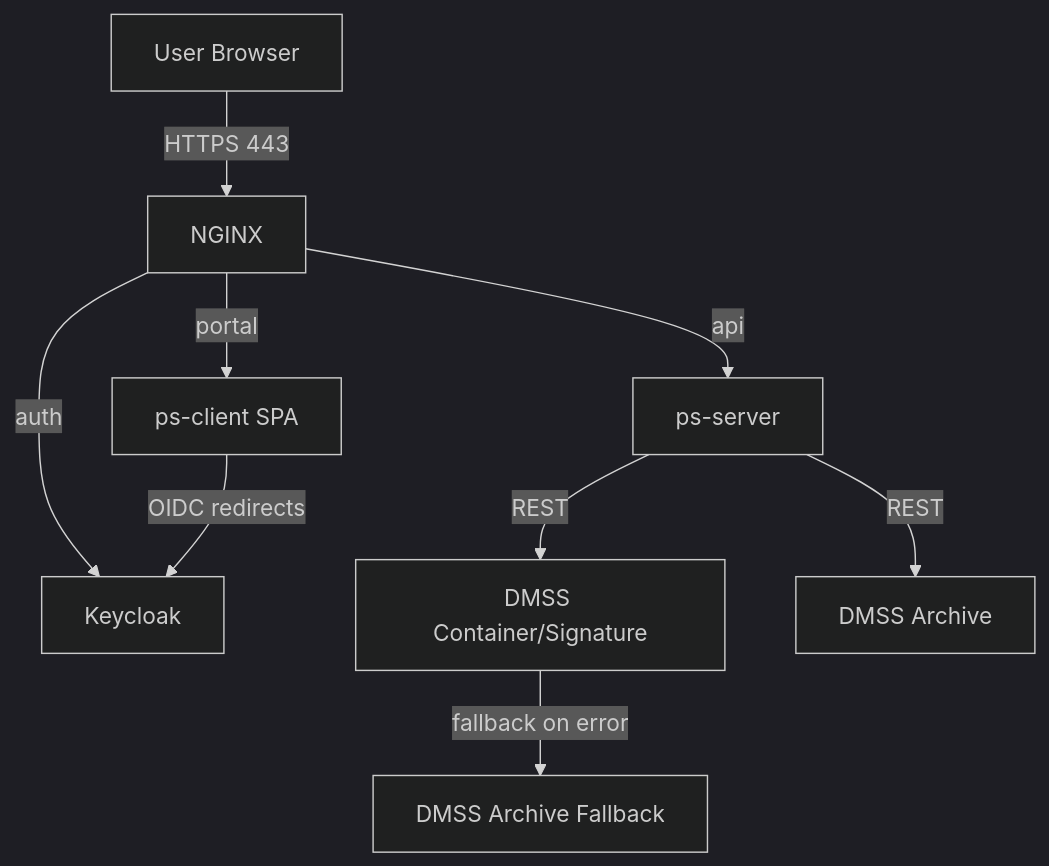
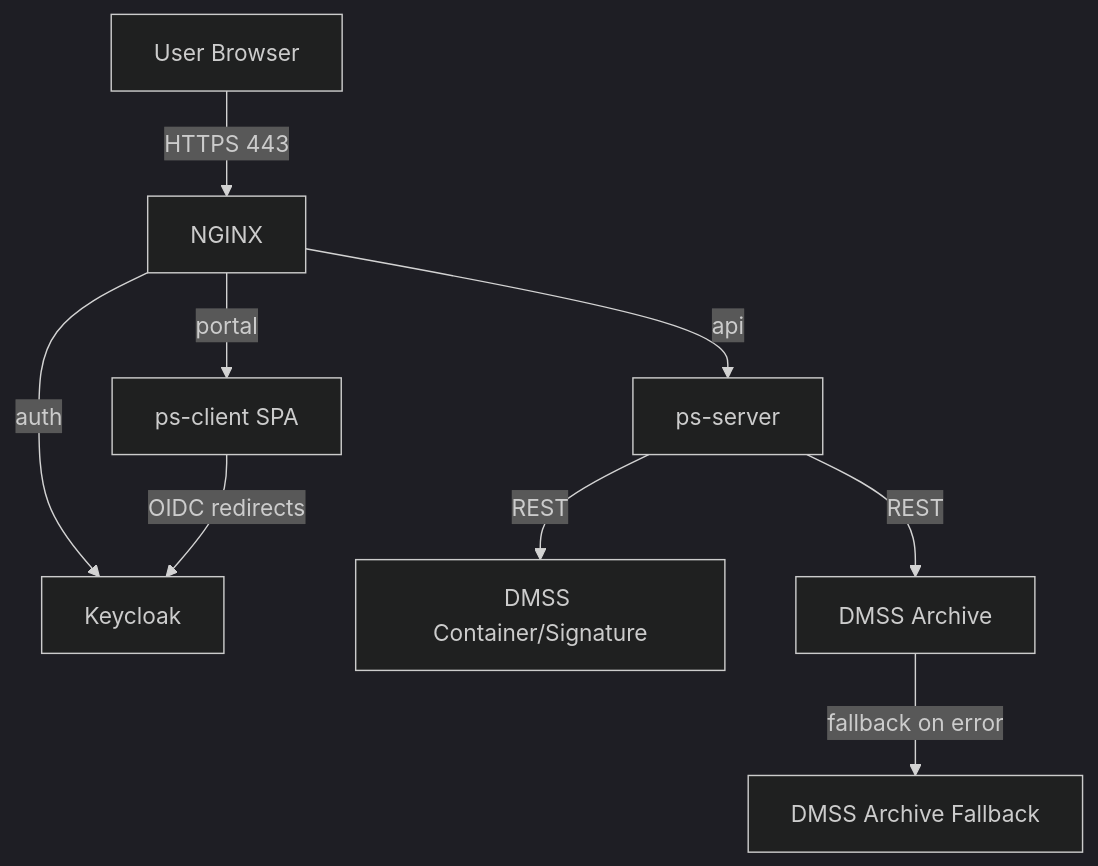
Before and after one commit to mihailsgo/ps-app-cloud-deployment: the first of 2 diagrams in README.md, drawn with Mermaid (dark theme). The commit also changed other lines of this file and 2 other files, not shown here.

Commit message:
Sync deployment docs/config with latest flows and versions

````diff
--- a/README.md
+++ b/README.md
@@ -853,11 +852,11 @@
 ```mermaid
 flowchart TD
   U[User Browser] -->|HTTPS 443| N[NGINX];
   N -->|portal| C[ps-client SPA];
   N -->|auth| K[Keycloak];
   N -->|api| B[ps-server];
   B -->|REST| CS[DMSS Container/Signature];
   B -->|REST| AR[DMSS Archive];
-  CS -->|fallback on error| FB[DMSS Archive Fallback];
+  AR -->|fallback on error| FB[DMSS Archive Fallback];
   C -->|OIDC redirects| K;
 ```
````
